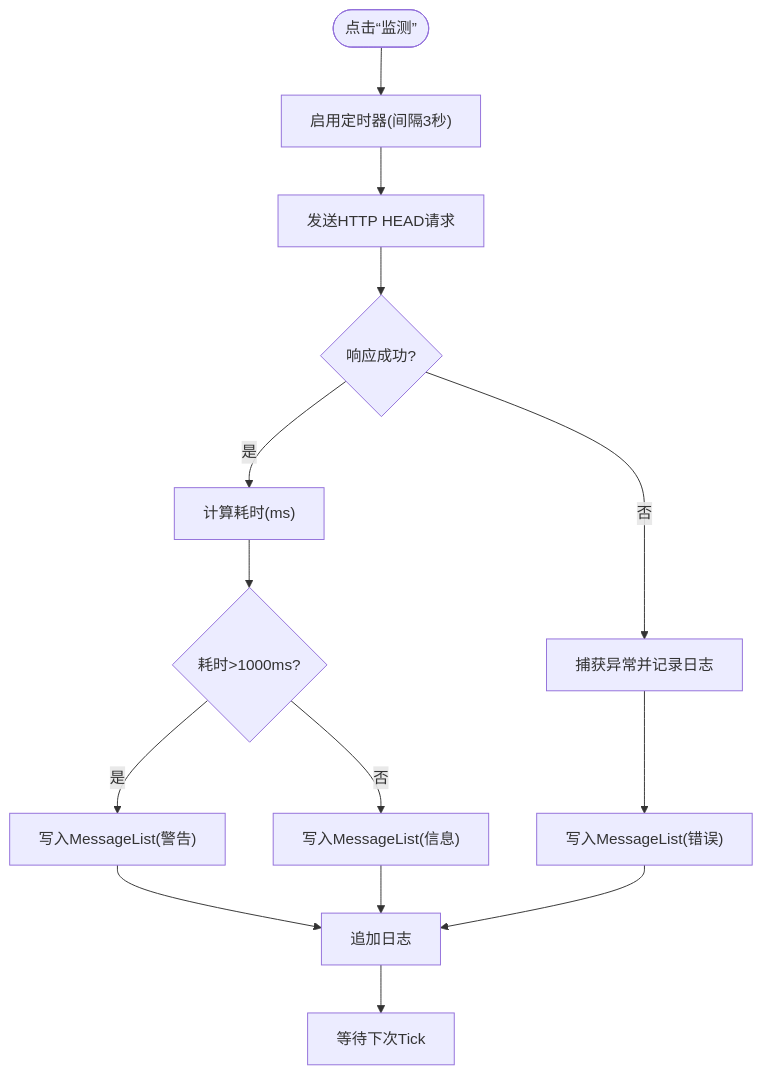
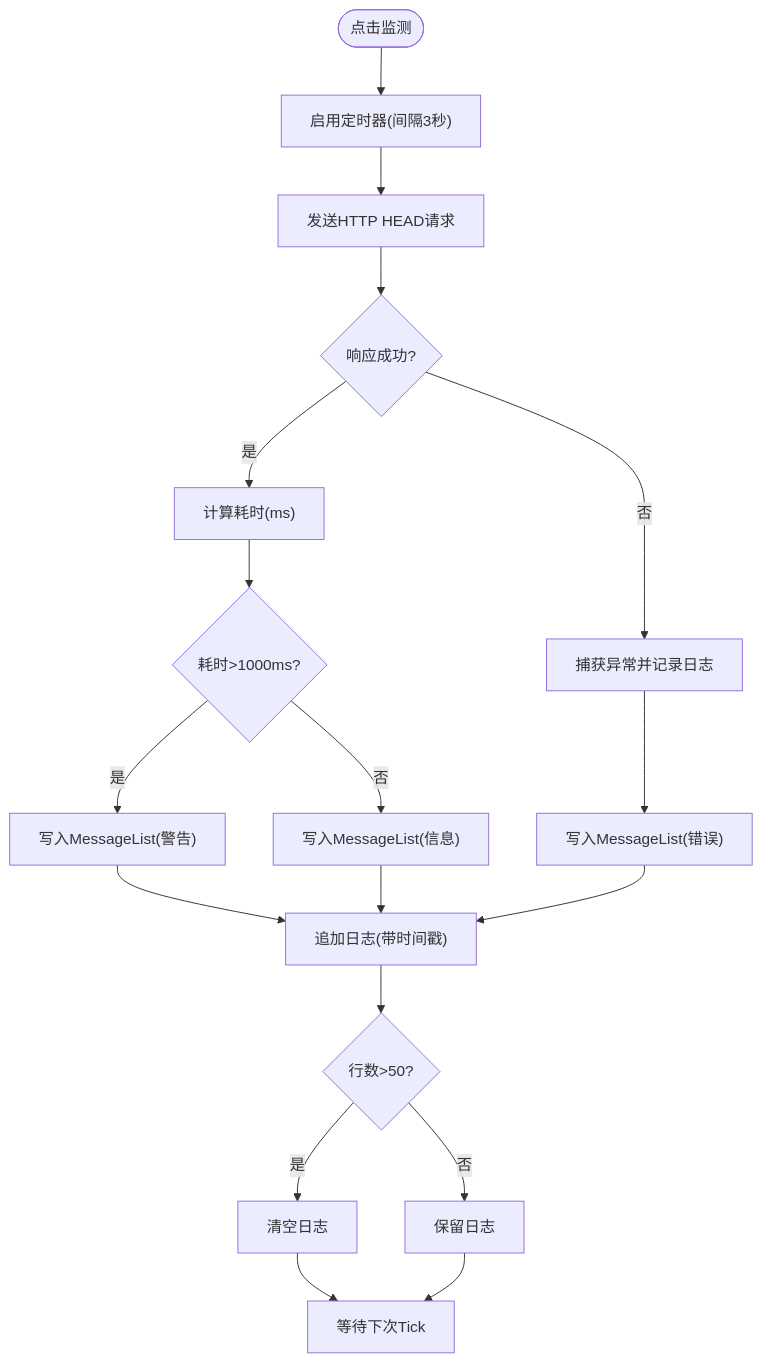
One commit to db300/IISMonitor changed the fourth of 5 diagrams in .qoder/repowiki/zh/content/IISMonitor.v1 功能详解/主界面概览.md. Above: the diagram before and after it, drawn with Mermaid. The commit also changed other lines of this file and 5 other files, not shown here.

````diff
--- a/.qoder/repowiki/zh/content/IISMonitor.v1 功能详解/主界面概览.md
+++ b/.qoder/repowiki/zh/content/IISMonitor.v1 功能详解/主界面概览.md
@@ -162,16 +195,20 @@
 ```mermaid
 flowchart TD
-Start(["点击“监测”"]) --> EnableTimer["启用定时器(间隔3秒)"]
+Start(["点击"监测""]) --> EnableTimer["启用定时器(间隔3秒)"]
 EnableTimer --> Request["发送HTTP HEAD请求"]
 Request --> Resp{"响应成功?"}
 Resp --> |是| Calc["计算耗时(ms)"]
 Calc --> Threshold{"耗时>1000ms?"}
 Threshold --> |是| AddWarn["写入MessageList(警告)"]
 Threshold --> |否| AddInfo["写入MessageList(信息)"]
 Resp --> |否| CatchErr["捕获异常并记录日志"]
 CatchErr --> AddErr["写入MessageList(错误)"]
-AddWarn --> Log["追加日志"]
+AddWarn --> Log["追加日志(带时间戳)"]
 AddInfo --> Log
 AddErr --> Log
-Log --> LoopBack["等待下次Tick"]
+Log --> LimitCheck{"行数>50?"}
+LimitCheck --> |是| Clear["清空日志"]
+LimitCheck --> |否| Keep["保留日志"]
+Clear --> LoopBack["等待下次Tick"]
+Keep --> LoopBack
 ```
````
